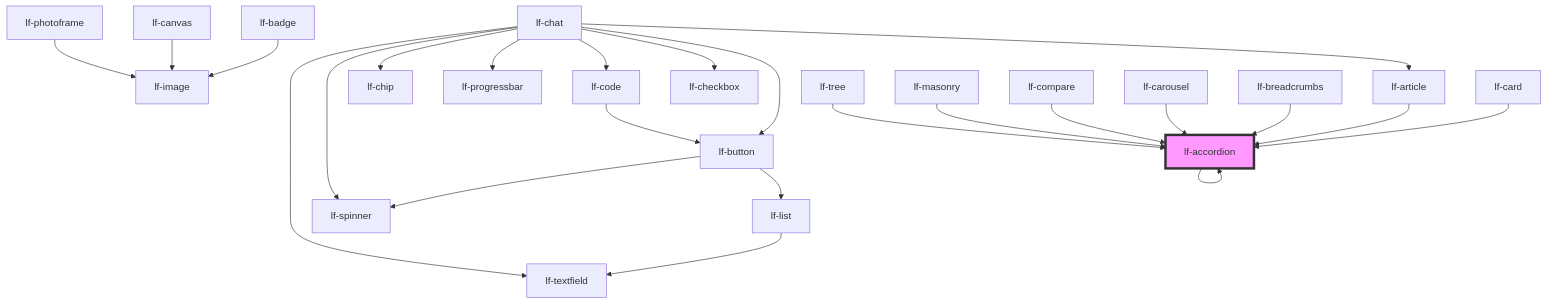
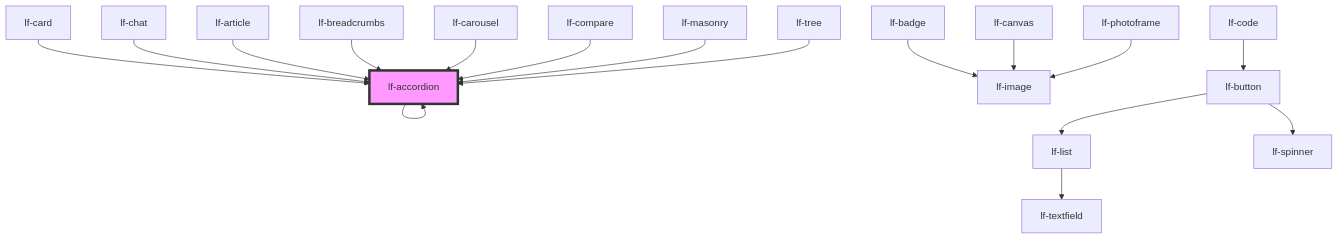
The diagram in packages/core/src/components/lf-accordion/readme.md (lucafoscili/lf-widgets), drawn with Mermaid before and after one commit. The commit also changed other lines of this file and 22 other files, not shown here.

````diff
--- a/packages/core/src/components/lf-accordion/readme.md
+++ b/packages/core/src/components/lf-accordion/readme.md
@@ -168,27 +169,20 @@
 ```mermaid
 graph TD;
   lf-accordion --> lf-accordion
   lf-badge --> lf-image
   lf-button --> lf-list
   lf-button --> lf-spinner
   lf-list --> lf-textfield
   lf-canvas --> lf-image
   lf-card --> lf-accordion
-  lf-chat --> lf-spinner
-  lf-chat --> lf-article
-  lf-chat --> lf-button
-  lf-chat --> lf-chip
-  lf-chat --> lf-textfield
-  lf-chat --> lf-progressbar
-  lf-chat --> lf-code
-  lf-chat --> lf-checkbox
+  lf-chat --> lf-accordion
   lf-article --> lf-accordion
   lf-code --> lf-button
   lf-photoframe --> lf-image
   lf-breadcrumbs --> lf-accordion
   lf-carousel --> lf-accordion
   lf-compare --> lf-accordion
   lf-masonry --> lf-accordion
   lf-tree --> lf-accordion
   style lf-accordion fill:#f9f,stroke:#333,stroke-width:4px
 ```
````
